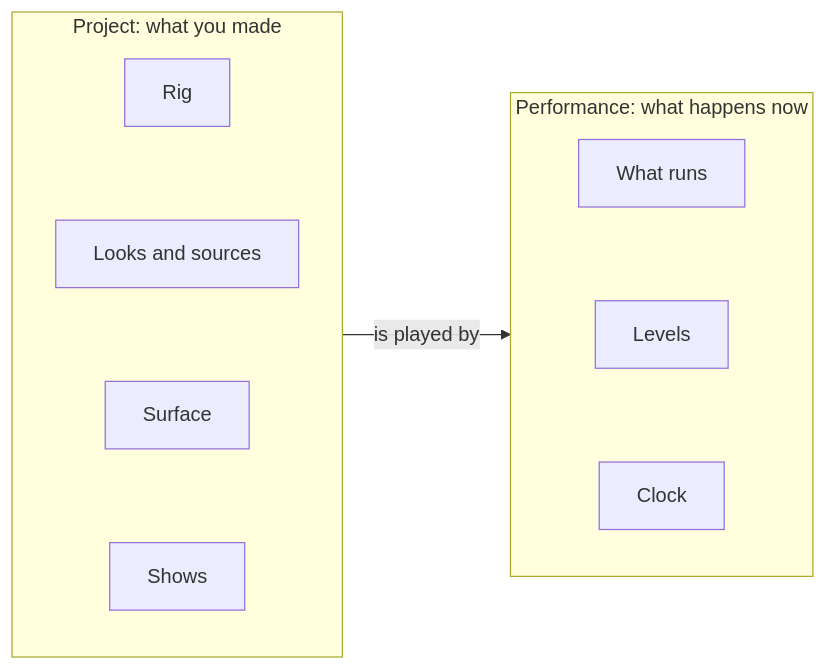
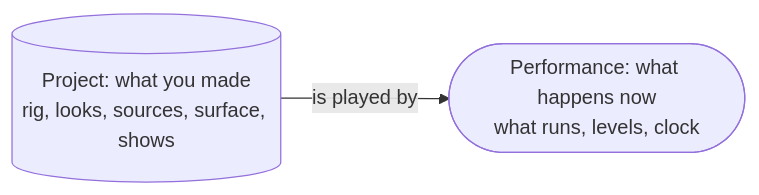
Before and after one commit to abossard/bossylights: the eighth of 13 diagrams in docs/design/theory.md, drawn with Mermaid. The commit also changed other lines of this file, not shown here.

````diff
--- a/docs/design/theory.md
+++ b/docs/design/theory.md
@@ -144,12 +146,6 @@
 ```mermaid
 flowchart LR
-  subgraph PR["Project: what you made"]
-    direction TB
-    A1["Rig"] ~~~ A2["Looks and sources"] ~~~ A3["Surface"] ~~~ A4["Shows"]
-  end
-  subgraph PE["Performance: what happens now"]
-    direction TB
-    B1["What runs"] ~~~ B2["Levels"] ~~~ B3["Clock"]
-  end
+  PR[("Project: what you made<br/>rig, looks, sources, surface, shows")]
+  PE(["Performance: what happens now<br/>what runs, levels, clock"])
   PR -- "is played by" --> PE
 ```
````
